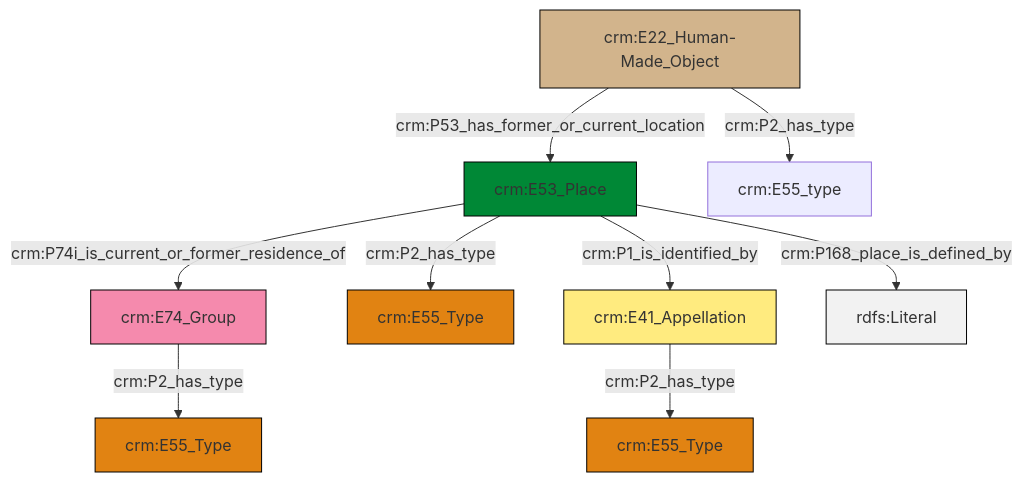
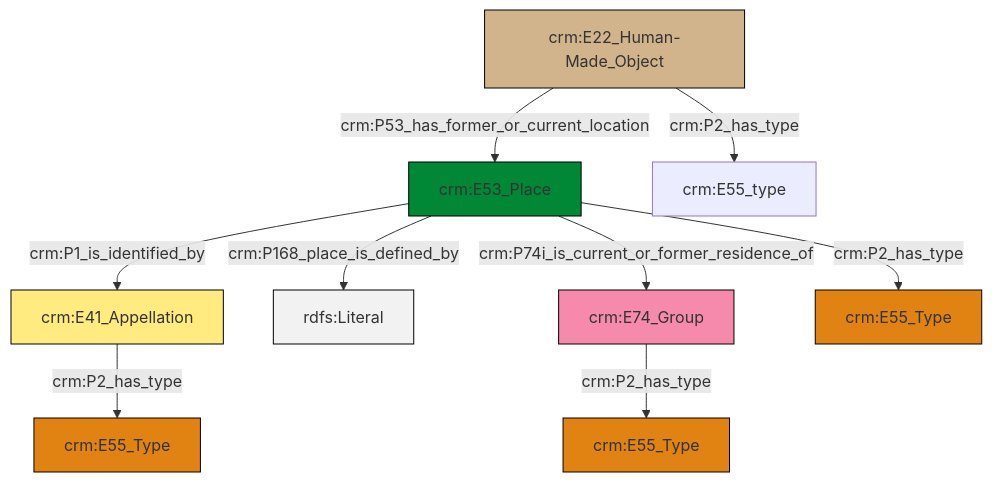
One commit to swiss-art-research-net/docs.swissartresearch changed the diagram in et/artworkCSV/ttl/mmd/Artwork_Location.ttl.mmd. Above: the diagram before and after it, drawn with Mermaid. The commit also changed 180 other files, not shown here.

```diff
--- a/et/artworkCSV/ttl/mmd/Artwork_Location.ttl.mmd
+++ b/et/artworkCSV/ttl/mmd/Artwork_Location.ttl.mmd
@@ -1,23 +1,23 @@
 graph TD
 classDef Literal fill:#f2f2f2,stroke:#000000;
 classDef CRM_Entity fill:#FFFFFF,stroke:#000000;
 classDef Temporal_Entity fill:#00C9E6, stroke:#000000;
 classDef Type fill:#E18312, stroke:#000000;
 classDef Time-Span fill:#2C9C91, stroke:#000000;
 classDef Appellation fill:#FFEB7F, stroke:#000000;
 classDef Place fill:#008836, stroke:#000000;
 classDef Persistent_Item fill:#B266B2, stroke:#000000;
 classDef Conceptual_Object fill:#FFD700, stroke:#000000;
 classDef Physical_Thing fill:#D2B48C, stroke:#000000;
 classDef Actor fill:#f58aad, stroke:#000000;
 classDef PC_Classes fill:#4ce600, stroke:#000000;
 classDef Multi fill:#cccccc,stroke:#000000;
 
-4["crm:E41_Appellation"]:::Appellation -->|crm:P2_has_type| 5["crm:E55_Type"]:::Type
-6["crm:E53_Place"]:::Place -->|crm:P2_has_type| 7["crm:E55_Type"]:::Type
-6["crm:E53_Place"]:::Place -->|crm:P74i_is_current_or_former_residence_of| 9["crm:E74_Group"]:::Actor
-0["crm:E22_Human-Made_Object"]:::Physical_Thing -->|crm:P2_has_type| 10["crm:E55_type"]:::Default
-9["crm:E74_Group"]:::Actor -->|crm:P2_has_type| 2["crm:E55_Type"]:::Type
-6["crm:E53_Place"]:::Place -->|crm:P1_is_identified_by| 4["crm:E41_Appellation"]:::Appellation
-0["crm:E22_Human-Made_Object"]:::Physical_Thing -->|crm:P53_has_former_or_current_location| 6["crm:E53_Place"]:::Place
-6["crm:E53_Place"]:::Place -->|crm:P168_place_is_defined_by| 16[rdfs:Literal]:::Literal
+6["crm:E53_Place"]:::Place -->|crm:P168_place_is_defined_by| 7[rdfs:Literal]:::Literal
+8["crm:E41_Appellation"]:::Appellation -->|crm:P2_has_type| 4["crm:E55_Type"]:::Type
+14["crm:E22_Human-Made_Object"]:::Physical_Thing -->|crm:P2_has_type| 16["crm:E55_type"]:::Default
+0["crm:E74_Group"]:::Actor -->|crm:P2_has_type| 2["crm:E55_Type"]:::Type
+6["crm:E53_Place"]:::Place -->|crm:P1_is_identified_by| 8["crm:E41_Appellation"]:::Appellation
+6["crm:E53_Place"]:::Place -->|crm:P74i_is_current_or_former_residence_of| 0["crm:E74_Group"]:::Actor
+14["crm:E22_Human-Made_Object"]:::Physical_Thing -->|crm:P53_has_former_or_current_location| 6["crm:E53_Place"]:::Place
+6["crm:E53_Place"]:::Place -->|crm:P2_has_type| 11["crm:E55_Type"]:::Type
```
